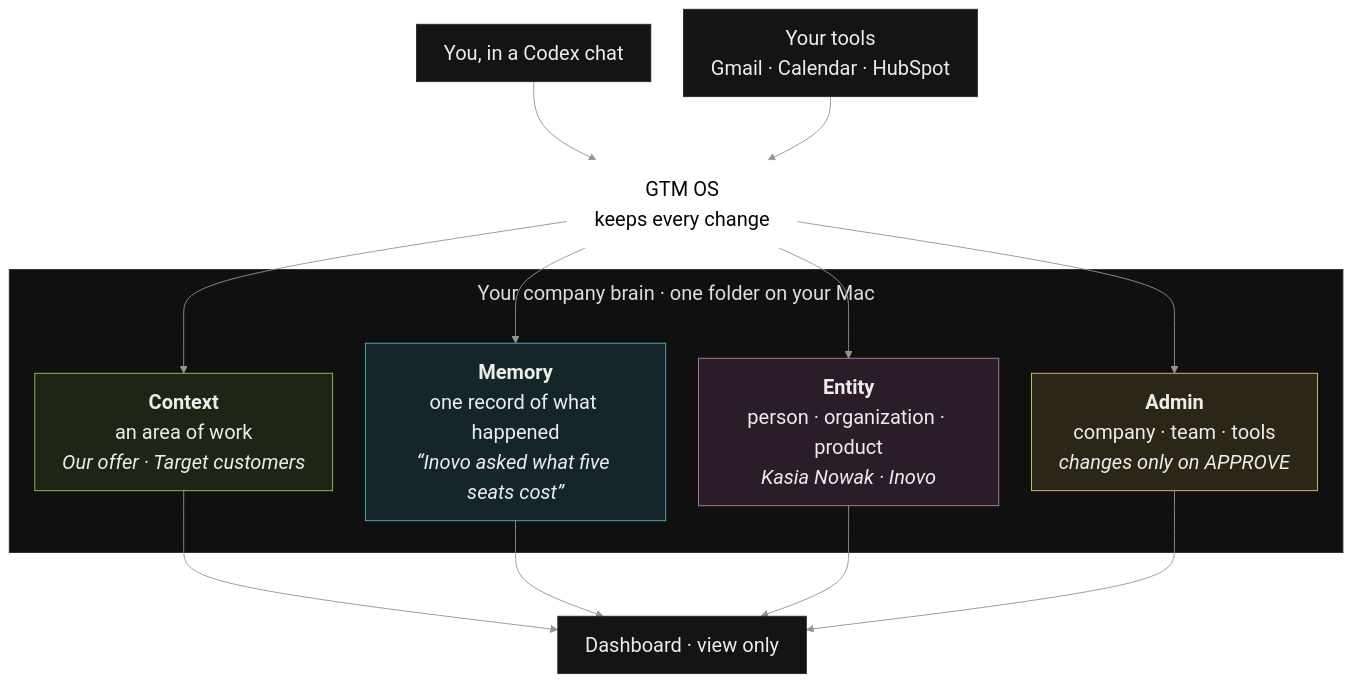
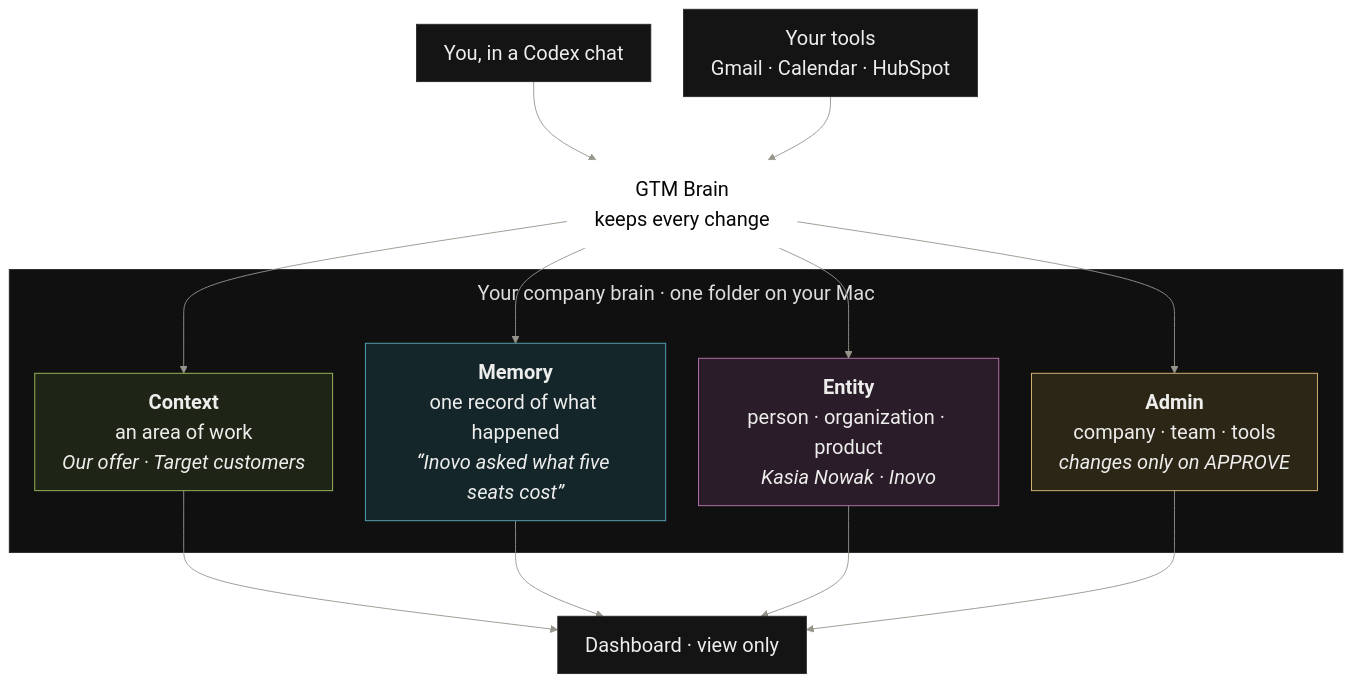
The diagram in WALKTHROUGH.md (gtm-week/gtm-brain), drawn with Mermaid before and after one commit. The commit also changed other lines of this file and 594 other files, not shown here.

First line of the commit message:
Rename GTM OS to GTM Brain

````diff
--- a/WALKTHROUGH.md
+++ b/WALKTHROUGH.md
@@ -77,29 +77,29 @@
 ```mermaid
 %%{init: {"theme":"base","themeVariables":{"background":"#0c0c0d","primaryColor":"#141415","primaryTextColor":"#ededec","primaryBorderColor":"#2a2a2b","lineColor":"#97948c","clusterBkg":"#101011","clusterBorder":"#2a2a2b","fontFamily":"Inter, system-ui, sans-serif","fontSize":"22px"},"flowchart":{"wrappingWidth":270,"nodeSpacing":36,"rankSpacing":70,"subGraphTitleMargin":{"top":10,"bottom":36}}}}%%
 flowchart TB
-  you["You, in a Codex chat"] --> os["GTM OS<br/>keeps every change"]
+  you["You, in a Codex chat"] --> os["GTM Brain<br/>keeps every change"]
   tools["Your tools<br/>Gmail · Calendar · HubSpot"] --> os
 
   subgraph brain["Your company brain · one folder on your Mac"]
     ctx["<b>Context</b><br/>an area of work<br/><i>Our offer · Target customers</i>"]
     mem["<b>Memory</b><br/>one record of what happened<br/><i>“Inovo asked what five seats cost”</i>"]
     ent["<b>Entity</b><br/>person · organization · product<br/><i>Kasia Nowak · Inovo</i>"]
     adm["<b>Admin</b><br/>company · team · tools<br/><i>changes only on APPROVE</i>"]
   end
 
   os --> ctx & mem & ent & adm
   ctx & mem & ent & adm --> dash["Dashboard · view only"]
 
   classDef plain fill:#141415,stroke:#2a2a2b,color:#ededec
   classDef os fill:#ffffff,stroke:#ffffff,color:#070707
   classDef context fill:#1e2416,stroke:#a3bd5e,color:#ededec
   classDef memory fill:#14262a,stroke:#56aab8,color:#ededec
   classDef entity fill:#2a1c28,stroke:#bd77b0,color:#ededec
   classDef approve fill:#2c2617,stroke:#dfbe79,color:#ededec
   class you,tools,dash plain
   class os os
   class ctx context
   class mem memory
   class ent entity
   class adm approve
 ```
````
